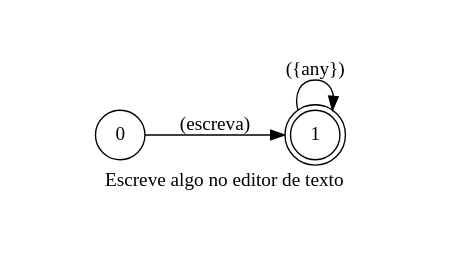
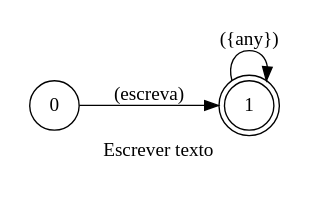
The diagram in spoken/src/modules/typescript/write/phrase_pt-BR.dot (pedrooaugusto/speech-to-code), drawn with Graphviz before and after one commit. The commit also changed 34 other files, not shown here.

```diff
--- a/spoken/src/modules/typescript/write/phrase_pt-BR.dot
+++ b/spoken/src/modules/typescript/write/phrase_pt-BR.dot
@@ -1,16 +1,16 @@
 digraph Write {
     id="write";
-    label="Escreve algo no editor de texto";
+    label="Escrever texto";
     lang="pt-BR";
     langName="Português";
-    pad="0.5";
+    pad="0.2";
     rankdir=LR;
     node[shape=doublecircle]; 1;
     node[shape=circle];
 
     0 -> 1 [label="(escreva)"];
     1 -> 1 [label="({any})", store=text];
 
-    title="Escreva";
+    title="Escrever texto";
     desc="Escreve um pedaço de texto no editor de texto";
 }
```
